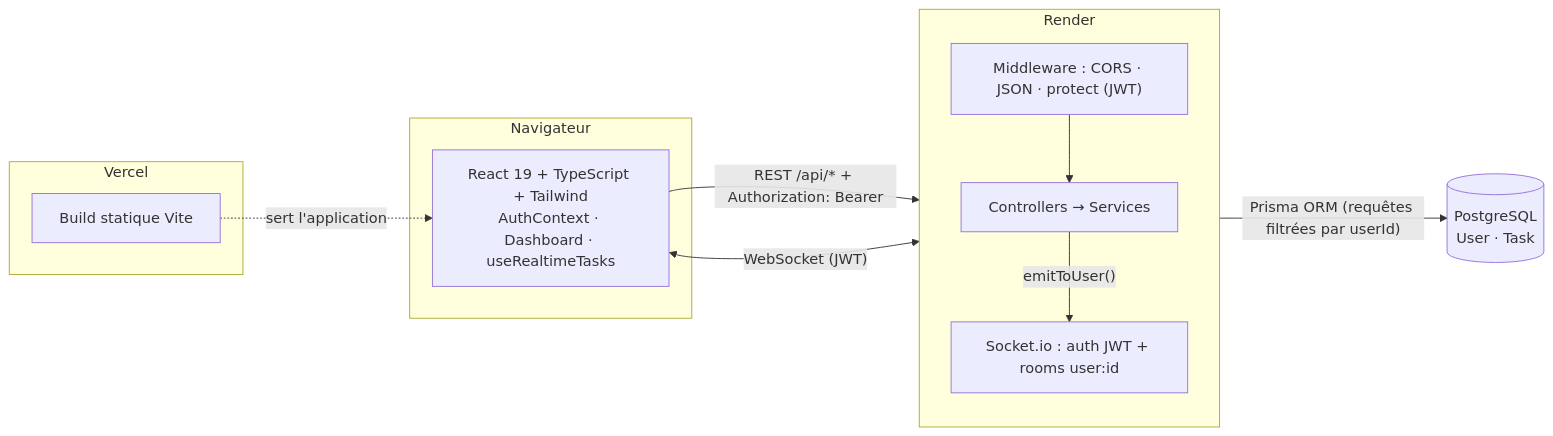
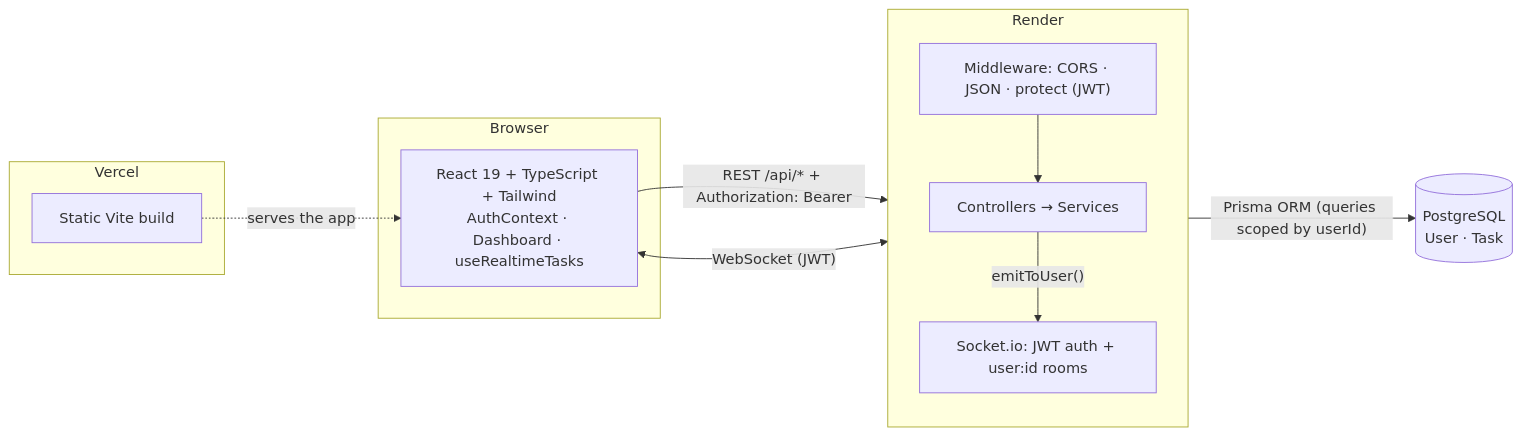
One commit to confidenceuche939-cell/my-app changed the first of 3 diagrams in README.md. Above: the diagram before and after it, drawn with Mermaid. The commit also changed other lines of this file and 1 other file, not shown here.

````diff
--- a/README.md
+++ b/README.md
@@ -33,23 +33,23 @@
 ```mermaid
 flowchart LR
-  subgraph Client["Navigateur"]
+  subgraph Client["Browser"]
     UI["React 19 + TypeScript + Tailwind<br/>AuthContext · Dashboard · useRealtimeTasks"]
   end
   subgraph Vercel["Vercel"]
-    FE["Build statique Vite"]
+    FE["Static Vite build"]
   end
   subgraph Render["Render"]
     direction TB
-    MW["Middleware : CORS · JSON · protect (JWT)"]
+    MW["Middleware: CORS · JSON · protect (JWT)"]
     CTRL["Controllers → Services"]
-    WS["Socket.io : auth JWT + rooms user:id"]
+    WS["Socket.io: JWT auth + user:id rooms"]
     MW --> CTRL
     CTRL -- "emitToUser()" --> WS
   end
   DB[("PostgreSQL<br/>User · Task")]
 
-  FE -. "sert l'application" .-> UI
+  FE -. "serves the app" .-> UI
   UI -- "REST /api/* + Authorization: Bearer" --> MW
   UI <-- "WebSocket (JWT)" --> WS
-  CTRL -- "Prisma ORM (requêtes filtrées par userId)" --> DB
+  CTRL -- "Prisma ORM (queries scoped by userId)" --> DB
 ```
````
